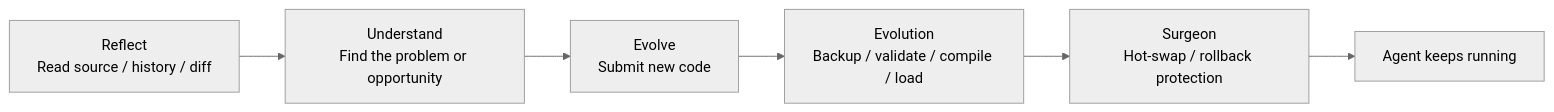
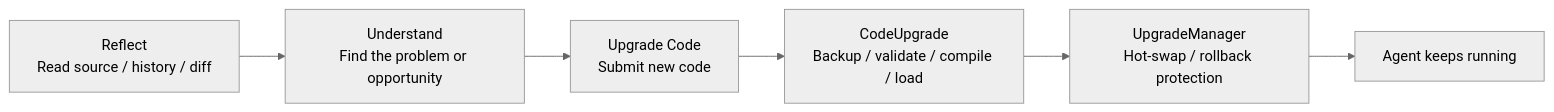
The second of 3 diagrams in README.md (gofenix/nex-agent), drawn with Mermaid (neutral theme) before and after one commit. The commit also changed other lines of this file and 20 other files, not shown here.

Commit message:
Align evolution model to six-layer architecture

````diff
--- a/README.md
+++ b/README.md
@@ -373,8 +388,8 @@
 ```mermaid
 flowchart LR
     A["Reflect<br/>Read source / history / diff"] --> B["Understand<br/>Find the problem or opportunity"]
-    B --> C["Evolve<br/>Submit new code"]
-    C --> D["Evolution<br/>Backup / validate / compile / load"]
-    D --> E["Surgeon<br/>Hot-swap / rollback protection"]
+    B --> C["Upgrade Code<br/>Submit new code"]
+    C --> D["CodeUpgrade<br/>Backup / validate / compile / load"]
+    D --> E["UpgradeManager<br/>Hot-swap / rollback protection"]
     E --> F["Agent keeps running"]
 ```
````
